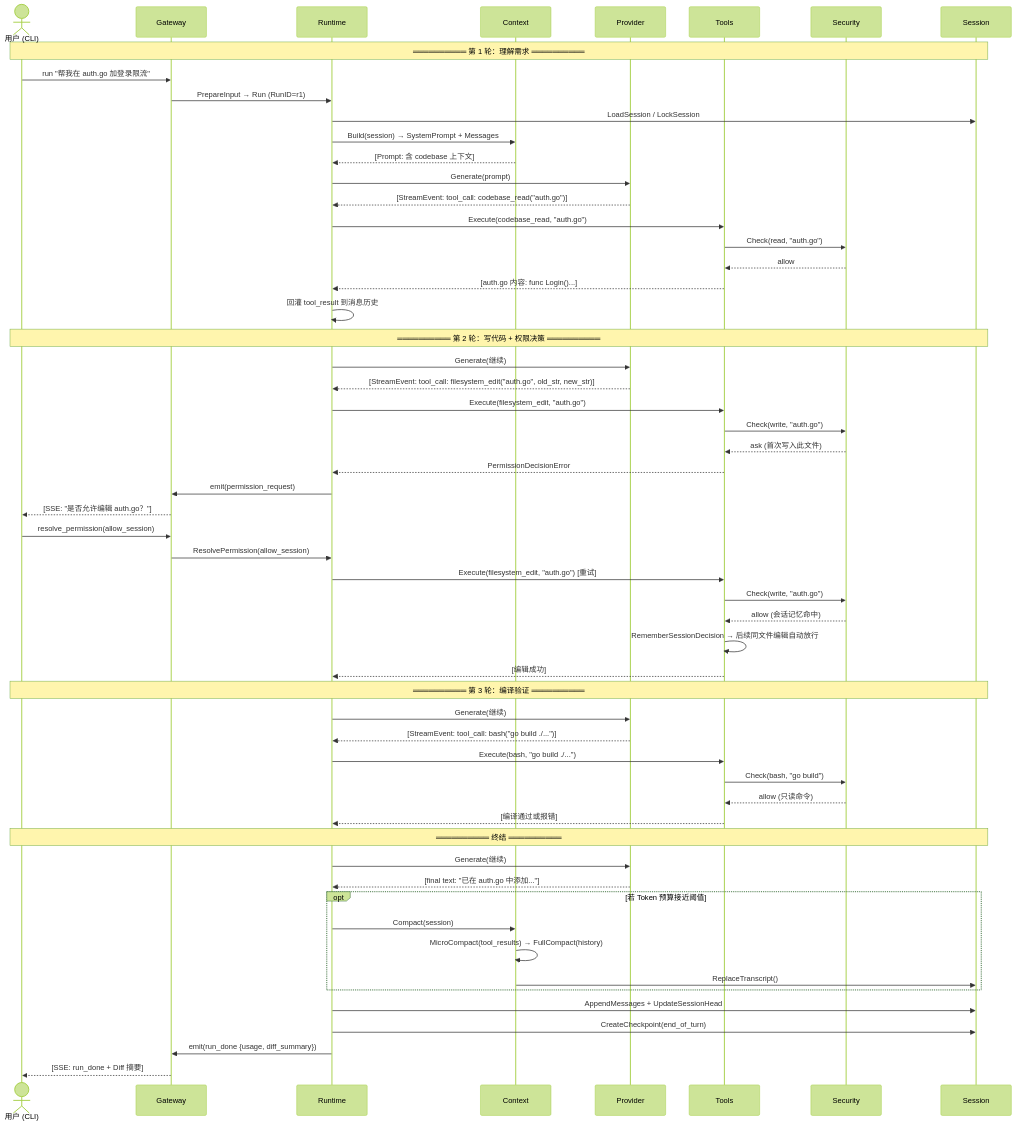
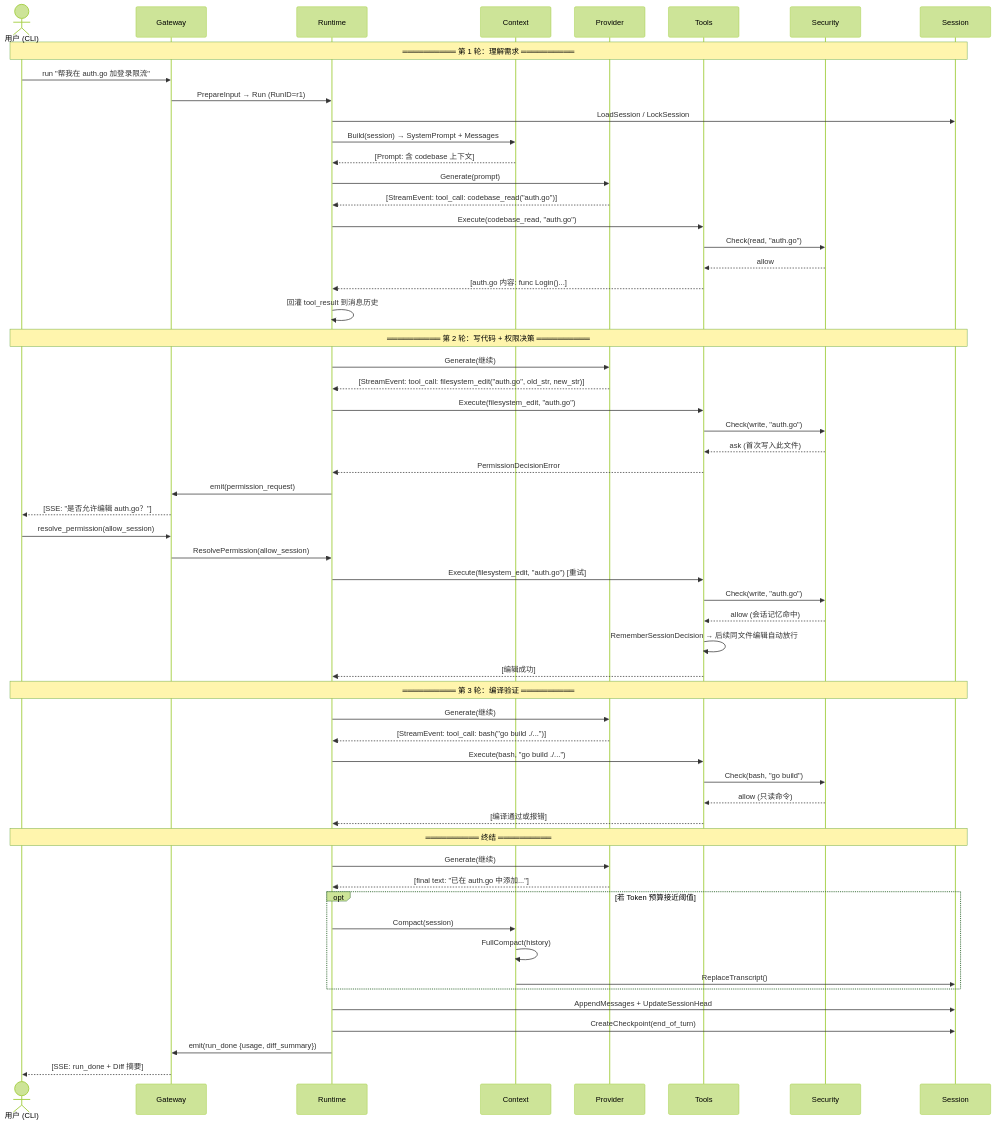
Before and after one commit to wynxing/neo-code: the tenth of 12 diagrams in docs/architecture/architecture-v1.md, drawn with Mermaid (forest theme). The commit also changed other lines of this file and 67 other files, not shown here.

````diff
--- a/docs/architecture/architecture-v1.md
+++ b/docs/architecture/architecture-v1.md
@@ -1008,69 +1005,69 @@
 ```mermaid
 sequenceDiagram
     actor User as 用户 (CLI)
     participant GW as Gateway
     participant RT as Runtime
     participant CTX as Context
     participant PR as Provider
     participant TL as Tools
     participant SE as Security
     participant SS as Session
 
     Note over User,SS: ══════════ 第 1 轮：理解需求 ══════════
 
     User->>GW: run "帮我在 auth.go 加登录限流"
     GW->>RT: PrepareInput → Run (RunID=r1)
     RT->>SS: LoadSession / LockSession
     RT->>CTX: Build(session) → SystemPrompt + Messages
     CTX-->>RT: [Prompt: 含 codebase 上下文]
     RT->>PR: Generate(prompt)
     PR-->>RT: [StreamEvent: tool_call: codebase_read("auth.go")]
     RT->>TL: Execute(codebase_read, "auth.go")
     TL->>SE: Check(read, "auth.go")
     SE-->>TL: allow
     TL-->>RT: [auth.go 内容: func Login()...]
     RT->>RT: 回灌 tool_result 到消息历史
 
     Note over User,SS: ══════════ 第 2 轮：写代码 + 权限决策 ══════════
 
     RT->>PR: Generate(继续)
     PR-->>RT: [StreamEvent: tool_call: filesystem_edit("auth.go", old_str, new_str)]
     RT->>TL: Execute(filesystem_edit, "auth.go")
     TL->>SE: Check(write, "auth.go")
     SE-->>TL: ask (首次写入此文件)
     TL-->>RT: PermissionDecisionError
     RT->>GW: emit(permission_request)
     GW-->>User: [SSE: "是否允许编辑 auth.go？"]
     User->>GW: resolve_permission(allow_session)
     GW->>RT: ResolvePermission(allow_session)
     RT->>TL: Execute(filesystem_edit, "auth.go") [重试]
     TL->>SE: Check(write, "auth.go")
     SE-->>TL: allow (会话记忆命中)
     TL->>TL: RememberSessionDecision → 后续同文件编辑自动放行
     TL-->>RT: [编辑成功]
 
     Note over User,SS: ══════════ 第 3 轮：编译验证 ══════════
 
     RT->>PR: Generate(继续)
     PR-->>RT: [StreamEvent: tool_call: bash("go build ./...")]
     RT->>TL: Execute(bash, "go build ./...")
     TL->>SE: Check(bash, "go build")
     SE-->>TL: allow (只读命令)
     TL-->>RT: [编译通过或报错]
 
     Note over User,SS: ══════════ 终结 ══════════
 
     RT->>PR: Generate(继续)
     PR-->>RT: [final text: "已在 auth.go 中添加..."]
 
     opt 若 Token 预算接近阈值
         RT->>CTX: Compact(session)
-        CTX->>CTX: MicroCompact(tool_results) → FullCompact(history)
+        CTX->>CTX: FullCompact(history)
         CTX->>SS: ReplaceTranscript()
     end
 
     RT->>SS: AppendMessages + UpdateSessionHead
     RT->>SS: CreateCheckpoint(end_of_turn)
     RT->>GW: emit(run_done {usage, diff_summary})
     GW-->>User: [SSE: run_done + Diff 摘要]
 ```
````
